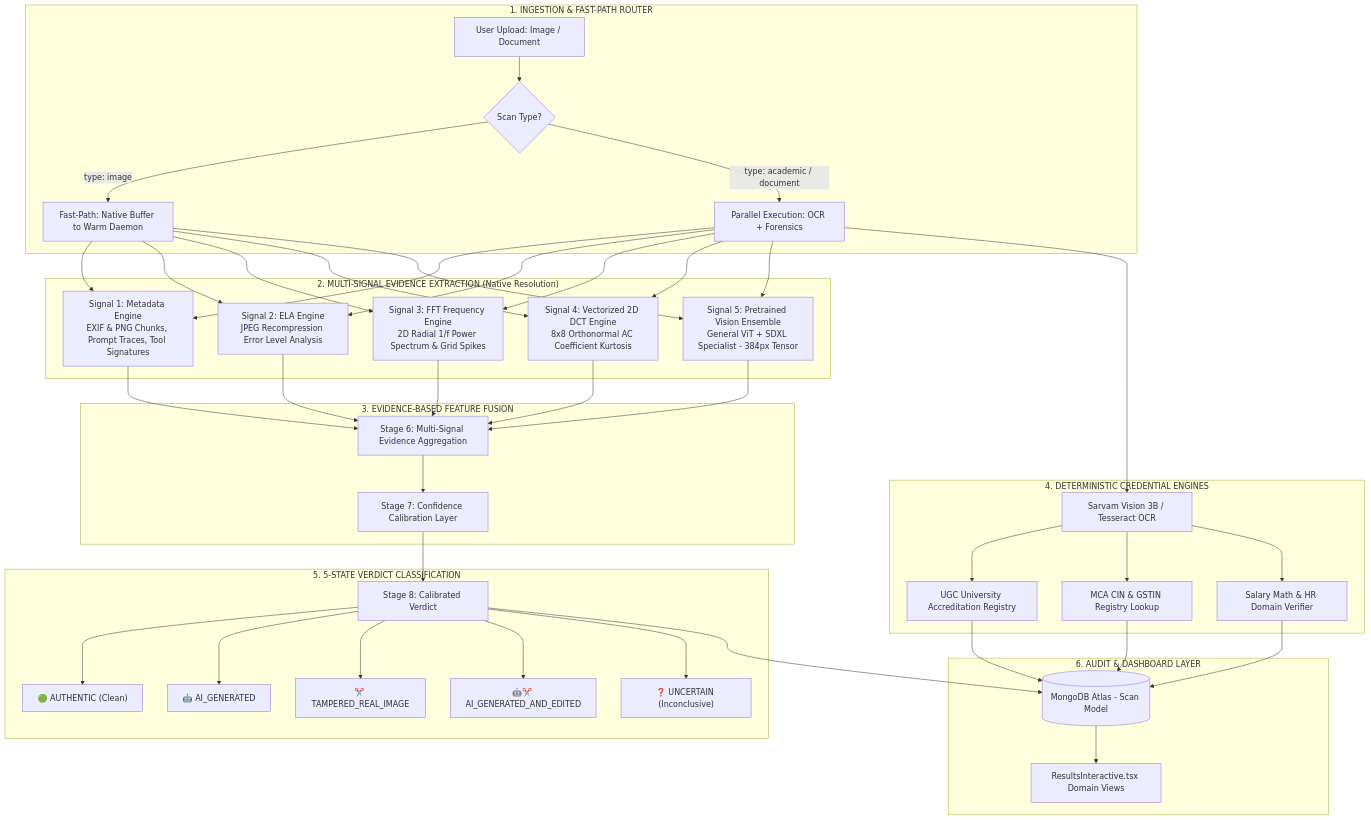
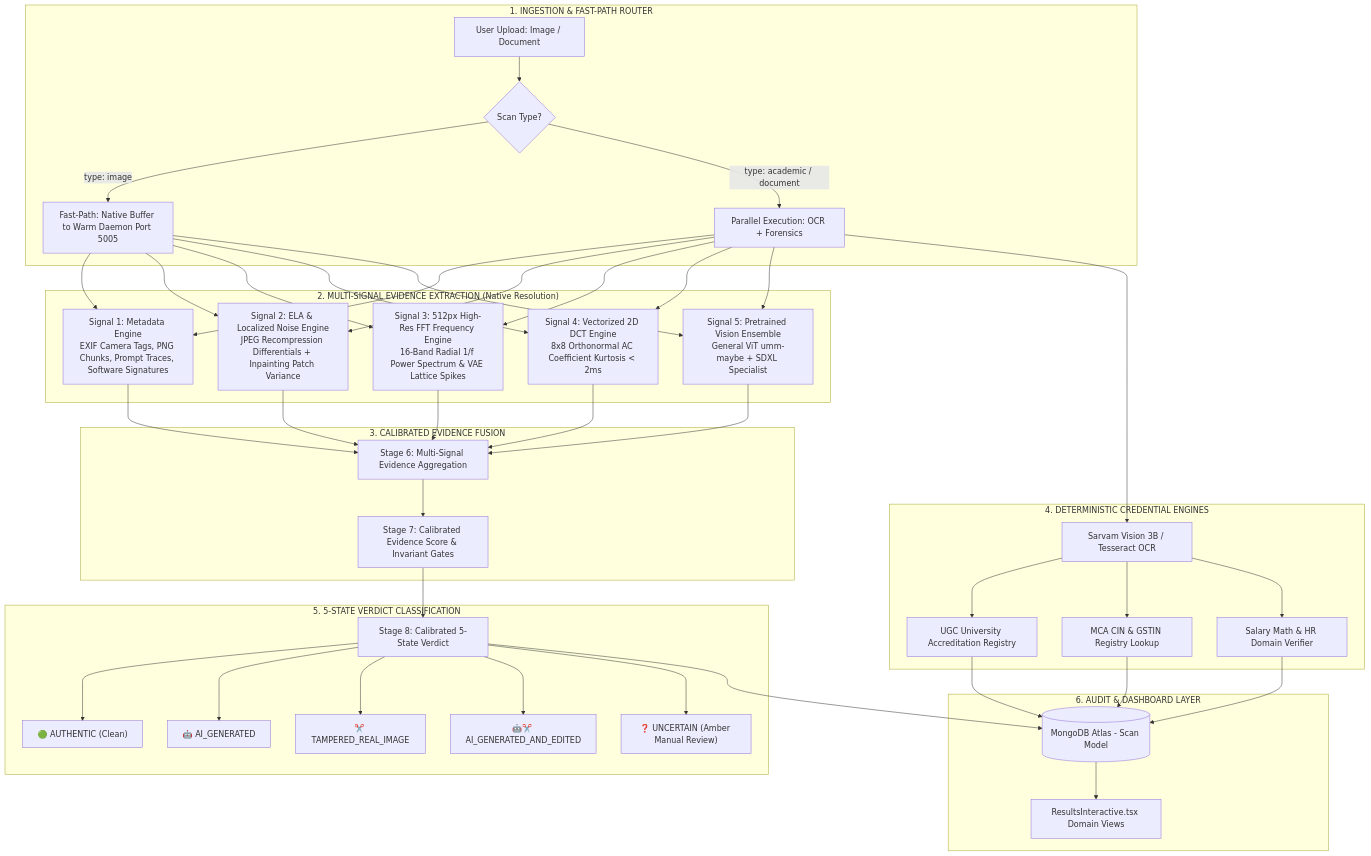
Before and after one commit to Dubey411/TrustScan: the diagram in ARCHITECTURE.md, drawn with Mermaid. The commit also changed other lines of this file and 15 other files, not shown here.

Commit message:
feat(forensics): upgrade architecture to v4.4 with 512px FFT, inpainting patch variance, and calibrated benchmark suite

````diff
--- a/ARCHITECTURE.md
+++ b/ARCHITECTURE.md
@@ -11,42 +11,42 @@
 ```mermaid
 flowchart TD
     subgraph Ingestion ["1. INGESTION & FAST-PATH ROUTER"]
         UPLOAD[User Upload: Image / Document] --> ROUTER{Scan Type?}
-        ROUTER -->|type: image| FAST[Fast-Path: Native Buffer to Warm Daemon]
+        ROUTER -->|type: image| FAST[Fast-Path: Native Buffer to Warm Daemon Port 5005]
         ROUTER -->|type: academic / document| PARALLEL[Parallel Execution: OCR + Forensics]
     end
 
     subgraph Signals ["2. MULTI-SIGNAL EVIDENCE EXTRACTION (Native Resolution)"]
-        FAST & PARALLEL --> S1[Signal 1: Metadata Engine<br/>EXIF & PNG Chunks, Prompt Traces, Tool Signatures]
-        FAST & PARALLEL --> S2[Signal 2: ELA Engine<br/>JPEG Recompression Error Level Analysis]
-        FAST & PARALLEL --> S3[Signal 3: FFT Frequency Engine<br/>2D Radial 1/f Power Spectrum & Grid Spikes]
-        FAST & PARALLEL --> S4[Signal 4: Vectorized 2D DCT Engine<br/>8x8 Orthonormal AC Coefficient Kurtosis]
-        FAST & PARALLEL --> S5[Signal 5: Pretrained Vision Ensemble<br/>General ViT + SDXL Specialist - 384px Tensor]
+        FAST & PARALLEL --> S1[Signal 1: Metadata Engine<br/>EXIF Camera Tags, PNG Chunks, Prompt Traces, Software Signatures]
+        FAST & PARALLEL --> S2[Signal 2: ELA & Localized Noise Engine<br/>JPEG Recompression Differentials + Inpainting Patch Variance]
+        FAST & PARALLEL --> S3[Signal 3: 512px High-Res FFT Frequency Engine<br/>16-Band Radial 1/f Power Spectrum & VAE Lattice Spikes]
+        FAST & PARALLEL --> S4[Signal 4: Vectorized 2D DCT Engine<br/>8x8 Orthonormal AC Coefficient Kurtosis < 2ms]
+        FAST & PARALLEL --> S5[Signal 5: Pretrained Vision Ensemble<br/>General ViT umm-maybe + SDXL Specialist]
     end
 
-    subgraph Fusion ["3. EVIDENCE-BASED FEATURE FUSION"]
+    subgraph Fusion ["3. CALIBRATED EVIDENCE FUSION"]
         S1 & S2 & S3 & S4 & S5 --> FUS[Stage 6: Multi-Signal Evidence Aggregation]
-        FUS --> CAL[Stage 7: Confidence Calibration Layer]
+        FUS --> CAL[Stage 7: Calibrated Evidence Score & Invariant Gates]
     end
 
     subgraph Doc_Engine ["4. DETERMINISTIC CREDENTIAL ENGINES"]
         PARALLEL --> OCR[Sarvam Vision 3B / Tesseract OCR]
         OCR --> UGC[UGC University Accreditation Registry]
         OCR --> MCA[MCA CIN & GSTIN Registry Lookup]
         OCR --> CTC[Salary Math & HR Domain Verifier]
     end
 
     subgraph Verdict ["5. 5-STATE VERDICT CLASSIFICATION"]
-        CAL --> V_OUT[Stage 8: Calibrated Verdict]
+        CAL --> V_OUT[Stage 8: Calibrated 5-State Verdict]
         V_OUT --> V_REAL["🟢 AUTHENTIC (Clean)"]
         V_OUT --> V_AI["🤖 AI_GENERATED"]
         V_OUT --> V_TAMP["✂️ TAMPERED_REAL_IMAGE"]
         V_OUT --> V_AI_TAMP["🤖✂️ AI_GENERATED_AND_EDITED"]
-        V_OUT --> V_UNC["❓ UNCERTAIN (Inconclusive)"]
+        V_OUT --> V_UNC["❓ UNCERTAIN (Amber Manual Review)"]
     end
 
     subgraph Output ["6. AUDIT & DASHBOARD LAYER"]
         V_OUT & UGC & MCA & CTC --> MONGO[(MongoDB Atlas - Scan Model)]
         MONGO --> DASH[ResultsInteractive.tsx Domain Views]
     end
 ```
````
